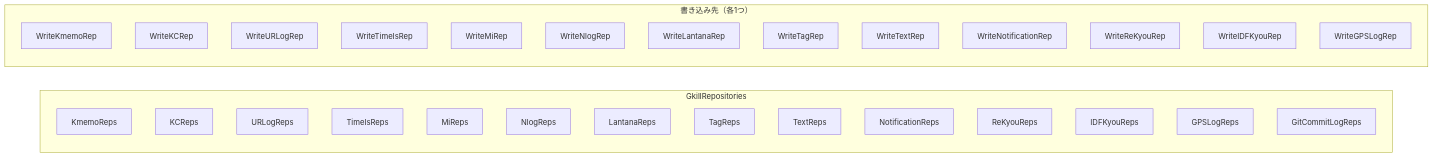
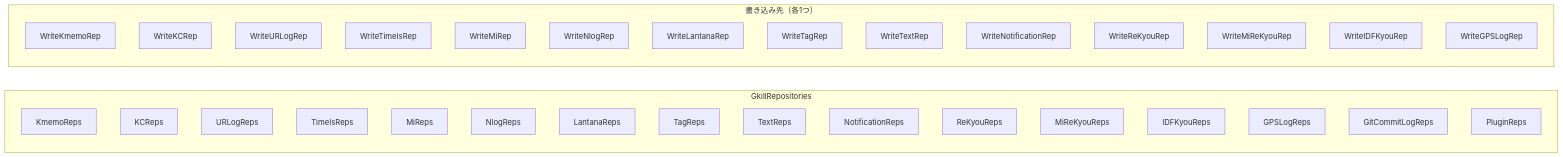
The third of 7 diagrams in documents/reverse/program-spec.md (mt3hr/gkill), drawn with Mermaid before and after one commit. The commit also changed other lines of this file and 25 other files, not shown here.

````diff
--- a/documents/reverse/program-spec.md
+++ b/documents/reverse/program-spec.md
@@ -154,35 +154,38 @@
 ```mermaid
 graph LR
     subgraph GkillRepositories
         K[KmemoReps]
         KC[KCReps]
         U[URLogReps]
         T[TimeIsReps]
         M[MiReps]
         N[NlogReps]
         L[LantanaReps]
         TG[TagReps]
         TX[TextReps]
         NF[NotificationReps]
         RK[ReKyouReps]
+        MRK[MiReKyouReps]
         ID[IDFKyouReps]
         GP[GPSLogReps]
         GC[GitCommitLogReps]
+        PL[PluginReps]
     end
 
     subgraph "書き込み先（各1つ）"
         WK[WriteKmemoRep]
         WKC[WriteKCRep]
         WU[WriteURLogRep]
         WT[WriteTimeIsRep]
         WM[WriteMiRep]
         WN[WriteNlogRep]
         WL[WriteLantanaRep]
         WTG[WriteTagRep]
         WTX[WriteTextRep]
         WNF[WriteNotificationRep]
         WRK[WriteReKyouRep]
+        WMRK[WriteMiReKyouRep]
         WID[WriteIDFKyouRep]
         WGP[WriteGPSLogRep]
     end
 ```
````
